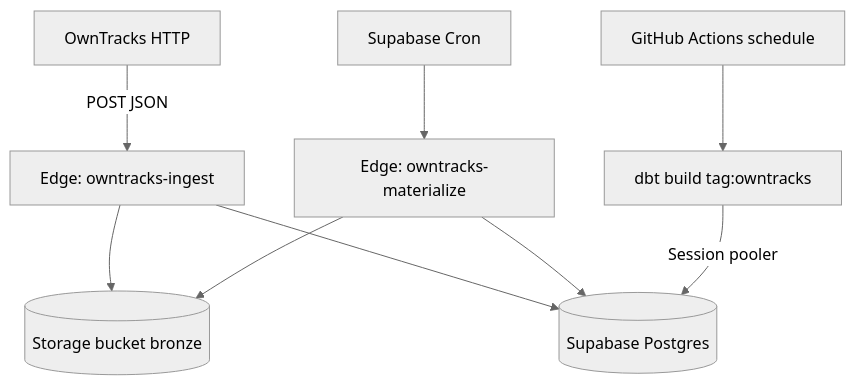
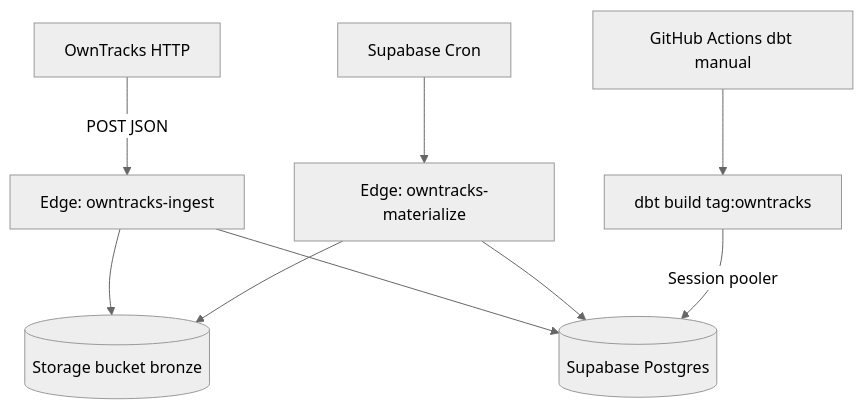
One commit to hskksk/lifelog-data-vault changed the diagram in docs/architecture/supabase-runtime.md. Above: the diagram before and after it, drawn with Mermaid (neutral theme). The commit also changed other lines of this file and 2 other files, not shown here.

Commit message:
fix(ci): run owntracks-dbt on workflow_dispatch only

````diff
--- a/docs/architecture/supabase-runtime.md
+++ b/docs/architecture/supabase-runtime.md
@@ -25,20 +25,20 @@
 ```mermaid
 flowchart TB
   OT[OwnTracks HTTP]
   EF_IN[Edge: owntracks-ingest]
   BR[(Storage bucket bronze)]
   PG[(Supabase Postgres)]
   CRON[Supabase Cron]
   EF_MAT[Edge: owntracks-materialize]
-  GH[GitHub Actions schedule]
+  GH[GitHub Actions dbt manual]
   DBT[dbt build tag:owntracks]
 
   OT -->|POST JSON| EF_IN
   EF_IN --> BR
   EF_IN --> PG
   CRON --> EF_MAT
   EF_MAT --> BR
   EF_MAT --> PG
   GH --> DBT
   DBT -->|Session pooler| PG
 ```
````
